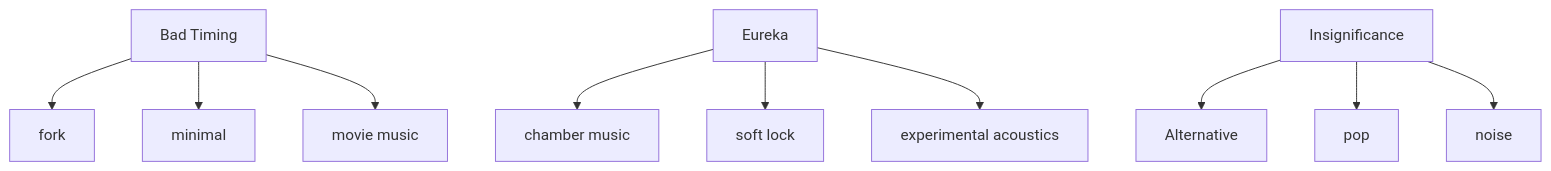
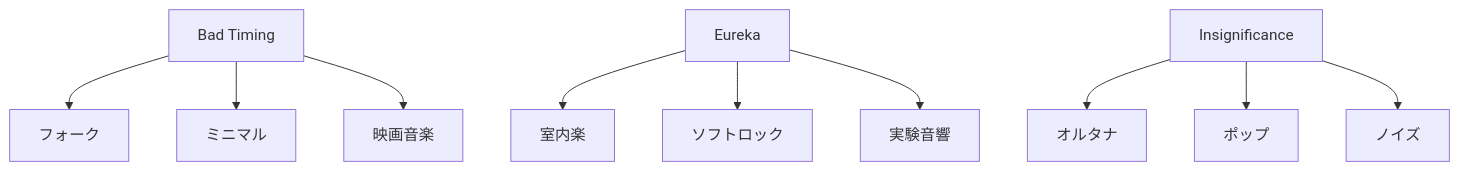
The third of 7 diagrams in en/_posts/2026-05-24-column-jim-o-rourke.md (monumental-movement/monumental-movement.github.io), drawn with Mermaid before and after one commit. The commit also changed other lines of this file and 2196 other files, not shown here.

```diff
--- a/en/_posts/2026-05-24-column-jim-o-rourke.md
+++ b/en/_posts/2026-05-24-column-jim-o-rourke.md
@@ -176,14 +176,14 @@
 <div class="mermaid">
 graph TD
-A[Bad Timing] --> B[fork]
-A --> C[minimal]
-A --> D[movie music]
+A[Bad Timing] --> B[フォーク]
+A --> C[ミニマル]
+A --> D[映画音楽]
 
-E[Eureka] --> F[chamber music]
-E --> G[soft lock]
-E --> H[experimental acoustics]
+E[Eureka] --> F[室内楽]
+E --> G[ソフトロック]
+E --> H[実験音響]
 
-I[Insignificance] --> J[Alternative]
-I --> K[pop]
-I --> L[noise]
+I[Insignificance] --> J[オルタナ]
+I --> K[ポップ]
+I --> L[ノイズ]
 </div>
```
